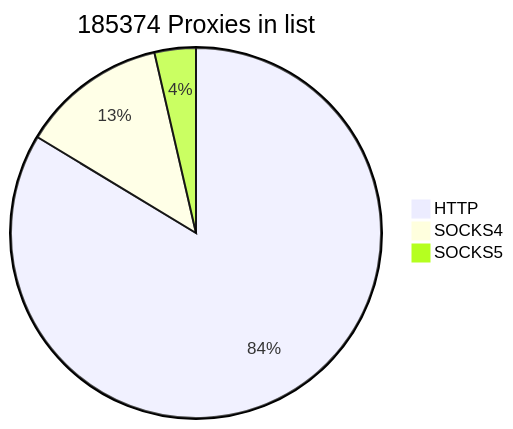
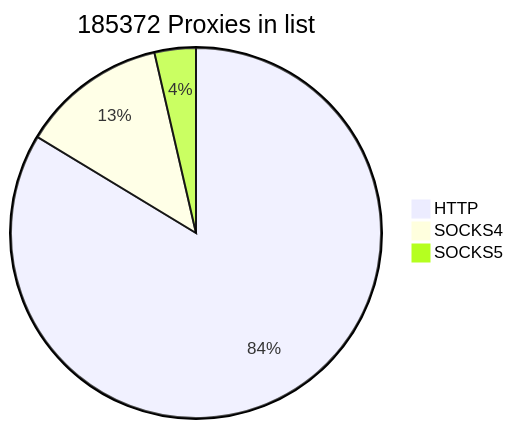
The first of 2 diagrams in README.md (cutipu/proxylist), drawn with Mermaid before and after one commit. The commit also changed other lines of this file, not shown here.

````diff
--- a/README.md
+++ b/README.md
@@ -2,7 +2,7 @@
 ```mermaid
-pie title 185374 Proxies in list
+pie title 185372 Proxies in list
     "HTTP" : 155083
-    "SOCKS4" : 23602
+    "SOCKS4" : 23600
     "SOCKS5" : 6689
             
 ```
````
